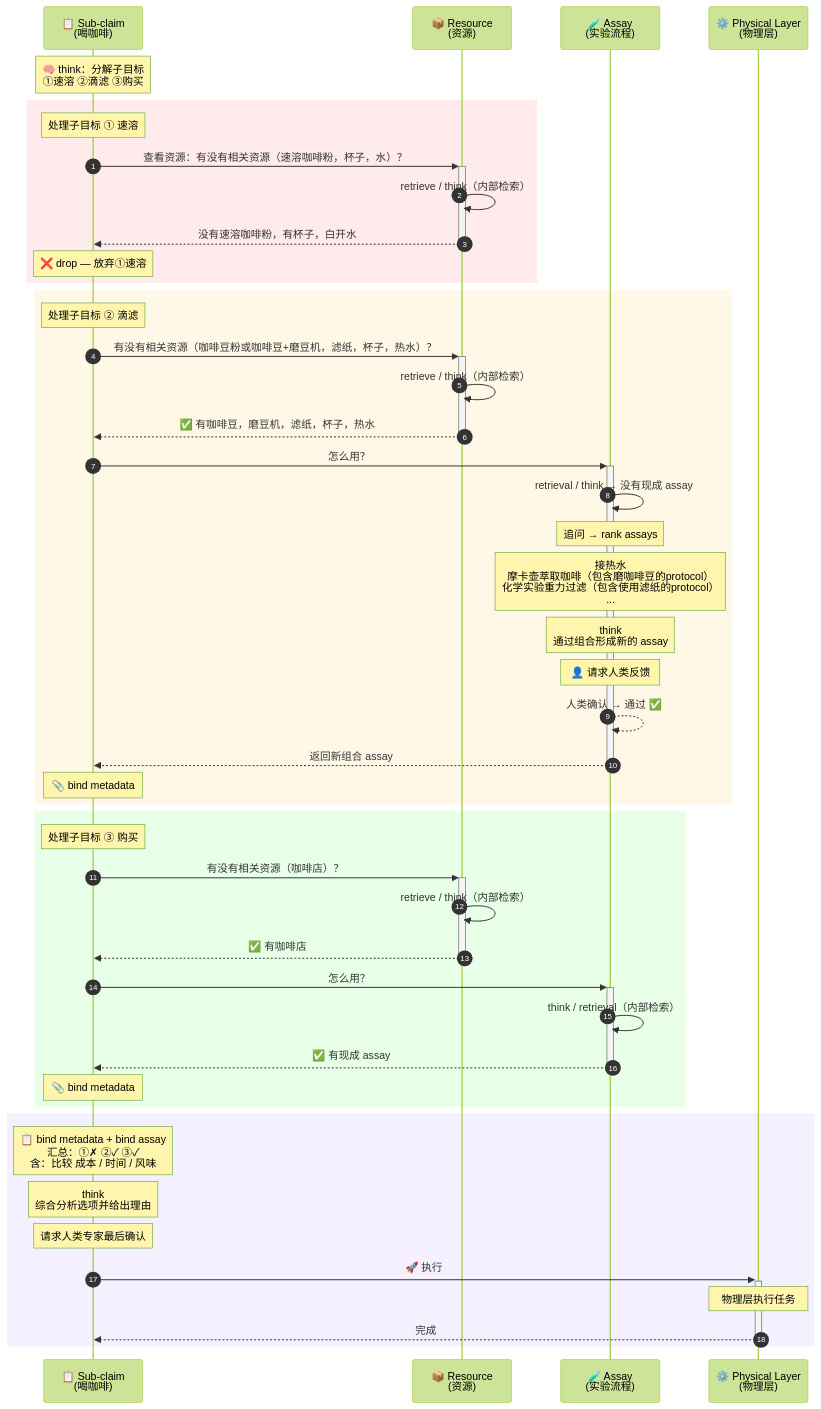
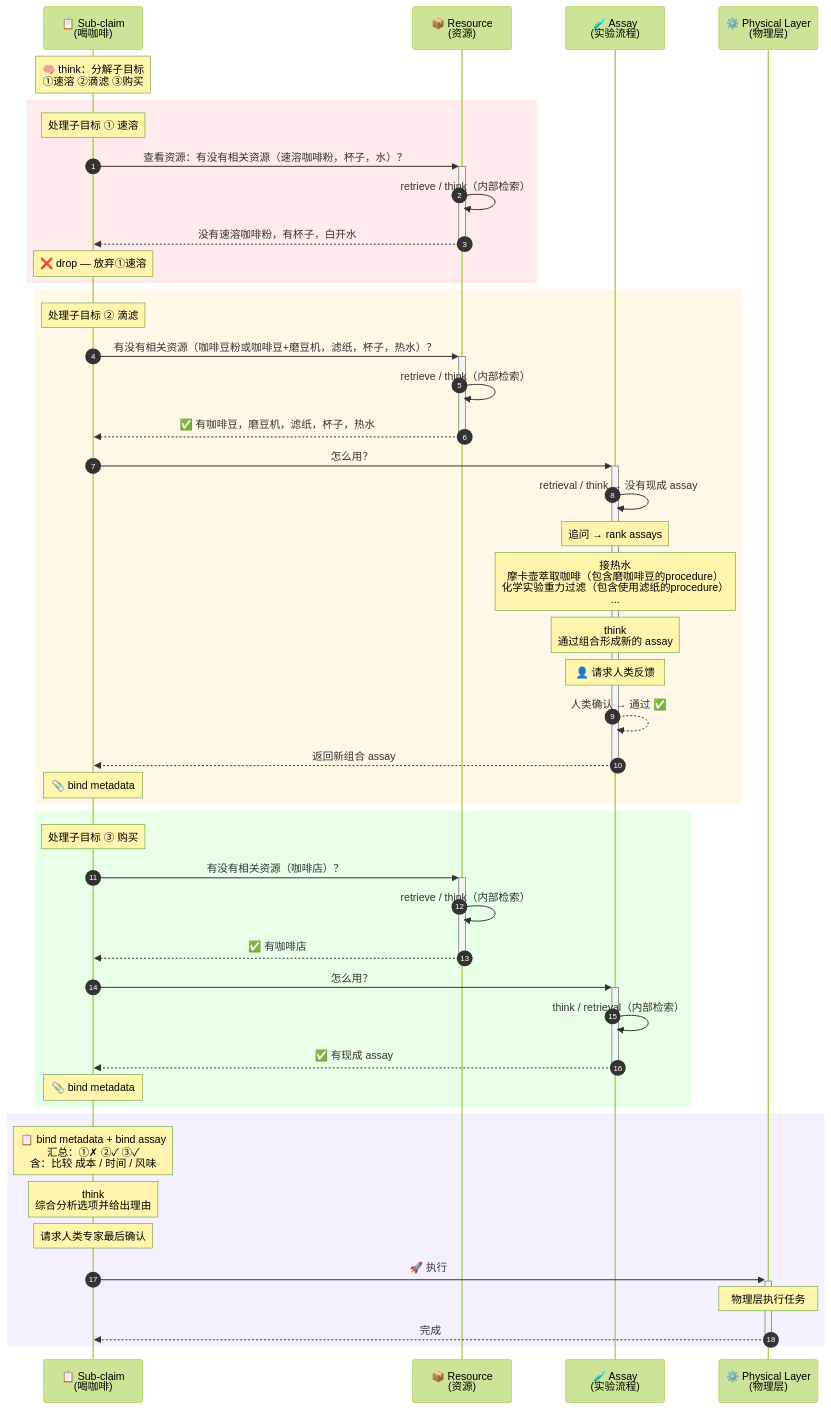
Before and after one commit to zhoubay/zhoubay.github.io: the diagram in _posts/2026-05-25-from-hypothesis-to-experiment.md, drawn with Mermaid (forest theme). The commit also changed other lines of this file and 2 other files, not shown here.

```diff
--- a/_posts/2026-05-25-from-hypothesis-to-experiment.md
+++ b/_posts/2026-05-25-from-hypothesis-to-experiment.md
@@ -405,56 +405,56 @@
     <pre class="mermaid">
 sequenceDiagram
     autonumber
 
     participant S as 📋 Sub-claim<br/>(喝咖啡)
     participant R as 📦 Resource<br/>(资源)
     participant A as 🧪 Assay<br/>(实验流程)
     participant D as ⚙️ Physical Layer<br/>(物理层)
 
     Note over S: 🧠 think：分解子目标<br/>①速溶 ②滴滤 ③购买
 
     %% ===== 子目标①: 速溶 =====
     rect rgb(255, 235, 235)
         Note over S: 处理子目标 ① 速溶
         S ->>+ R: 查看资源：有没有相关资源（速溶咖啡粉，杯子，水）？
         R ->> R: retrieve / think（内部检索）
         R -->>- S: 没有速溶咖啡粉，有杯子，白开水
         Note over S: ❌ drop — 放弃①速溶
     end
 
     rect rgb(255, 248, 230)
         Note over S: 处理子目标 ② 滴滤
         S ->>+ R: 有没有相关资源（咖啡豆粉或咖啡豆+磨豆机，滤纸，杯子，热水）？
         R ->> R: retrieve / think（内部检索）
         R -->>- S: ✅ 有咖啡豆，磨豆机，滤纸，杯子，热水
         S ->>+ A: 怎么用？
         A ->> A: retrieval / think → 没有现成 assay
         Note over A: 追问 → rank assays
-        Note over A: 接热水<br/>摩卡壶萃取咖啡（包含磨咖啡豆的protocol）<br/>化学实验重力过滤（包含使用滤纸的protocol）<br/>...
+        Note over A: 接热水<br/>摩卡壶萃取咖啡（包含磨咖啡豆的procedure）<br/>化学实验重力过滤（包含使用滤纸的procedure）<br/>...
         Note over A: think<br/>通过组合形成新的 assay
         Note over A: 👤 请求人类反馈
         A -->> A: 人类确认 → 通过 ✅
         A -->>- S: 返回新组合 assay
         Note over S: 📎 bind metadata
     end
 
     rect rgb(232, 255, 232)
         Note over S: 处理子目标 ③ 购买
         S ->>+ R: 有没有相关资源（咖啡店）？
         R ->> R: retrieve / think（内部检索）
         R -->>- S: ✅ 有咖啡店
         S ->>+ A: 怎么用？
         A ->> A: think / retrieval（内部检索）
         A -->>- S: ✅ 有现成 assay
         Note over S: 📎 bind metadata
     end
 
     rect rgb(245, 240, 255)
         Note over S: 📋 bind metadata + bind assay<br/>汇总：①✗ ②✓ ③✓<br/>含：比较 成本 / 时间 / 风味
         Note over S: think<br/>综合分析选项并给出理由
         Note over S: 请求人类专家最后确认
         S ->>+ D: 🚀 执行
         Note over D: 物理层执行任务
         D -->>- S: 完成
     end
     </pre>
```
